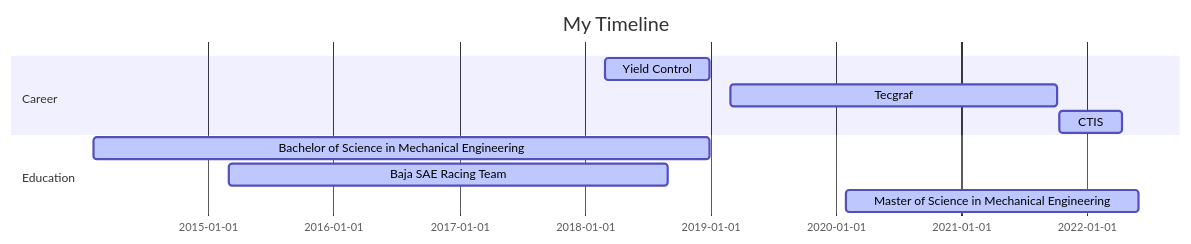
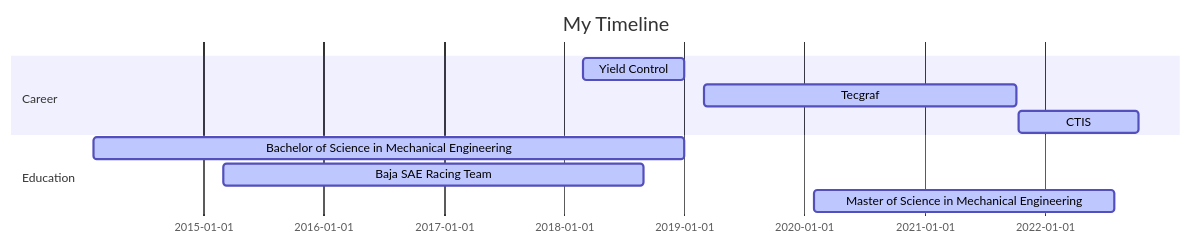
Before and after one commit to matheus-hoffmann/matheus-hoffmann: the diagram in README.md, drawn with Mermaid.

````diff
--- a/README.md
+++ b/README.md
@@ -14,13 +14,13 @@
 ```mermaid
 gantt
 dateFormat  YYYY-MM-DD
 title My Timeline
 section Career
 Yield Control :active,, 2018-03-01,2018-12-31
 Tecgraf       :active,, 2019-03-01,2021-10-08
-CTIS          :active,, 2021-10-13,2022-04-13
+CTIS          :active,, 2021-10-13,2022-10-13
 section Education
 Bachelor of Science in Mechanical Engineering :active,, 2014-02-01,2018-12-31
 Baja SAE Racing Team :active,, 2015-03-01,2018-09-01
-Master of Science in Mechanical Engineering :active,, 2020-02-01,2022-06-01
+Master of Science in Mechanical Engineering :active,, 2020-02-01,2022-07-31
 ```
````
